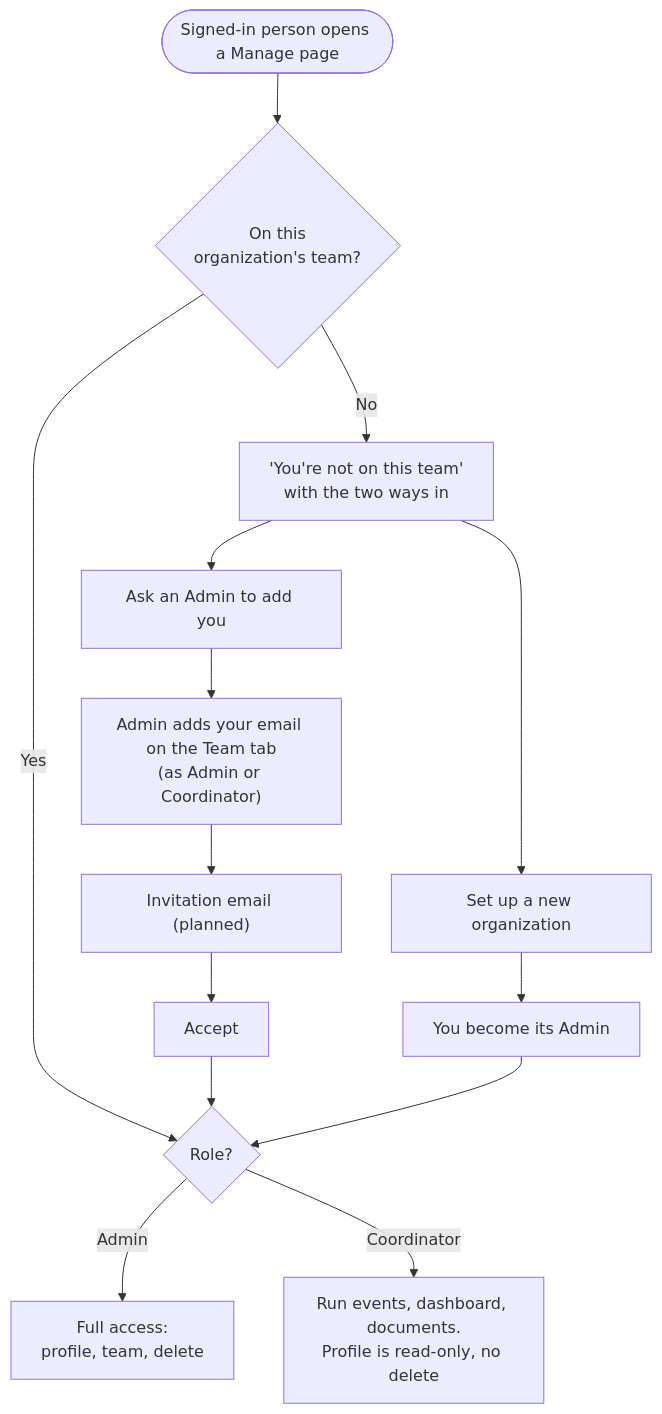
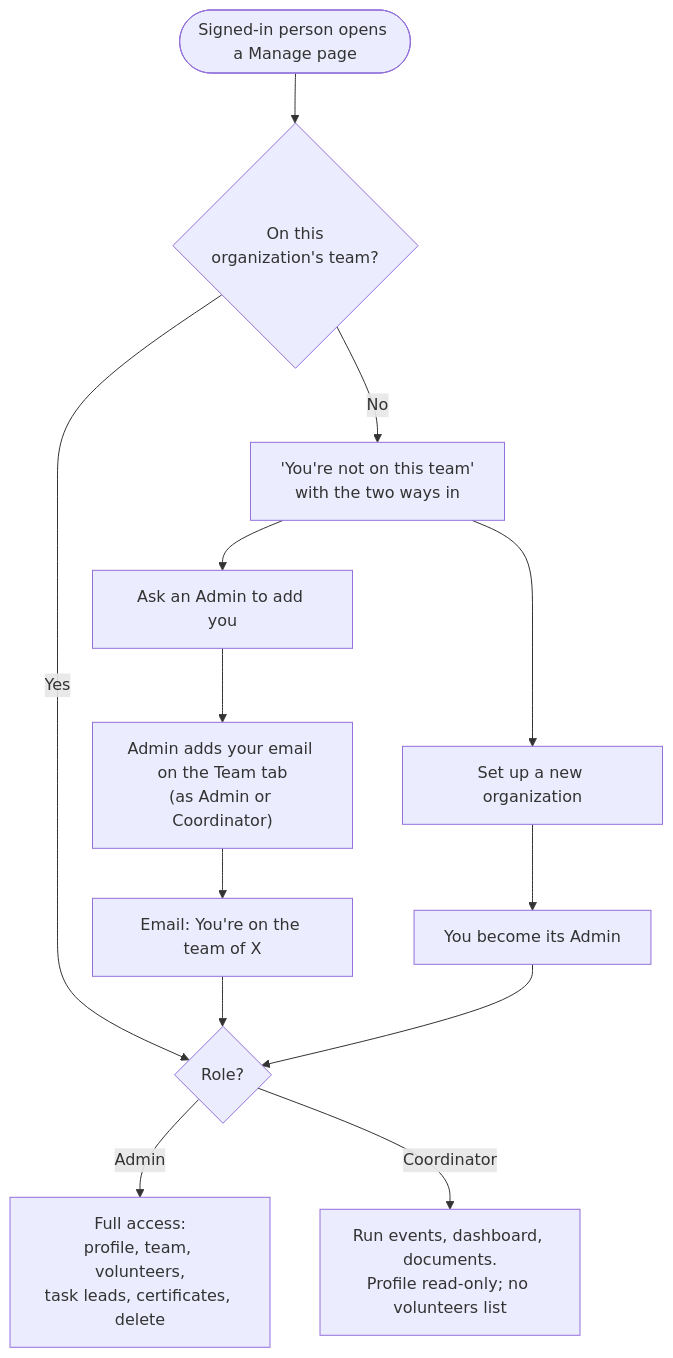
The eighth of 10 diagrams in docs/DIAGRAMS.md (anb-solutions/sevak), drawn with Mermaid before and after one commit. The commit also changed other lines of this file and 8 other files, not shown here.

````diff
--- a/docs/DIAGRAMS.md
+++ b/docs/DIAGRAMS.md
@@ -414,16 +400,15 @@
 ```mermaid
 flowchart TD
     S([Signed-in person opens a Manage page]) --> Q{On this<br/>organization's team?}
     Q -- Yes --> R{Role?}
-    R -- Admin --> PA[Full access:<br/>profile, team, delete]
-    R -- Coordinator --> PC[Run events, dashboard, documents.<br/>Profile is read-only, no delete]
+    R -- Admin --> PA[Full access:<br/>profile, team, volunteers,<br/>task leads, certificates, delete]
+    R -- Coordinator --> PC[Run events, dashboard, documents.<br/>Profile read-only; no volunteers list]
     Q -- No --> N["'You're not on this team'<br/>with the two ways in"]
     N --> W1[Set up a new organization]
     W1 --> AD[You become its Admin]
     N --> W2[Ask an Admin to add you]
     W2 --> INV["Admin adds your email on the Team tab<br/>(as Admin or Coordinator)"]
-    INV --> EM["Invitation email (planned)"]
-    EM --> ACC[Accept]
-    ACC --> R
+    INV --> EM["Email: You're on the team of X"]
+    EM --> R
     AD --> R
 ```
````
